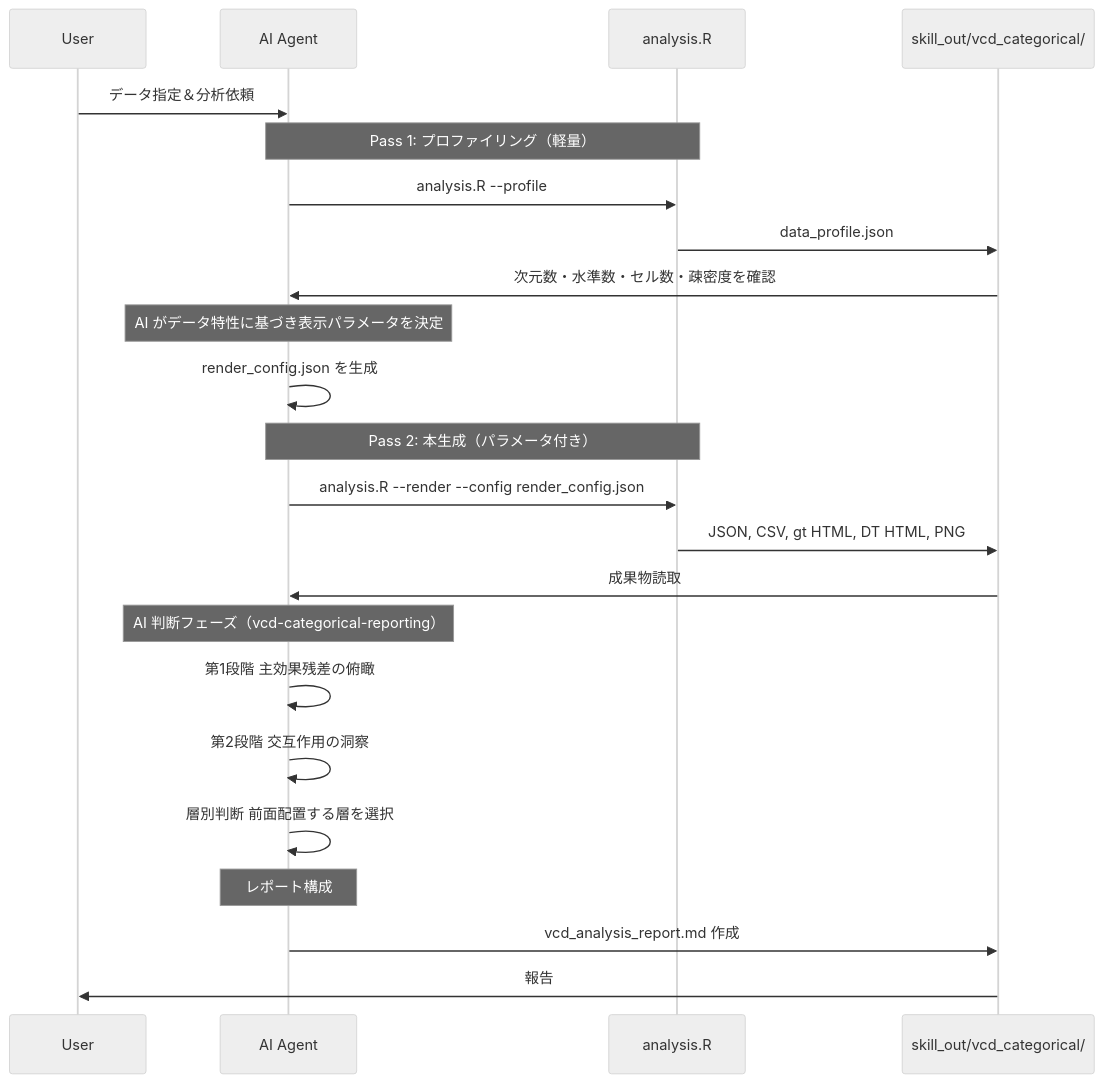
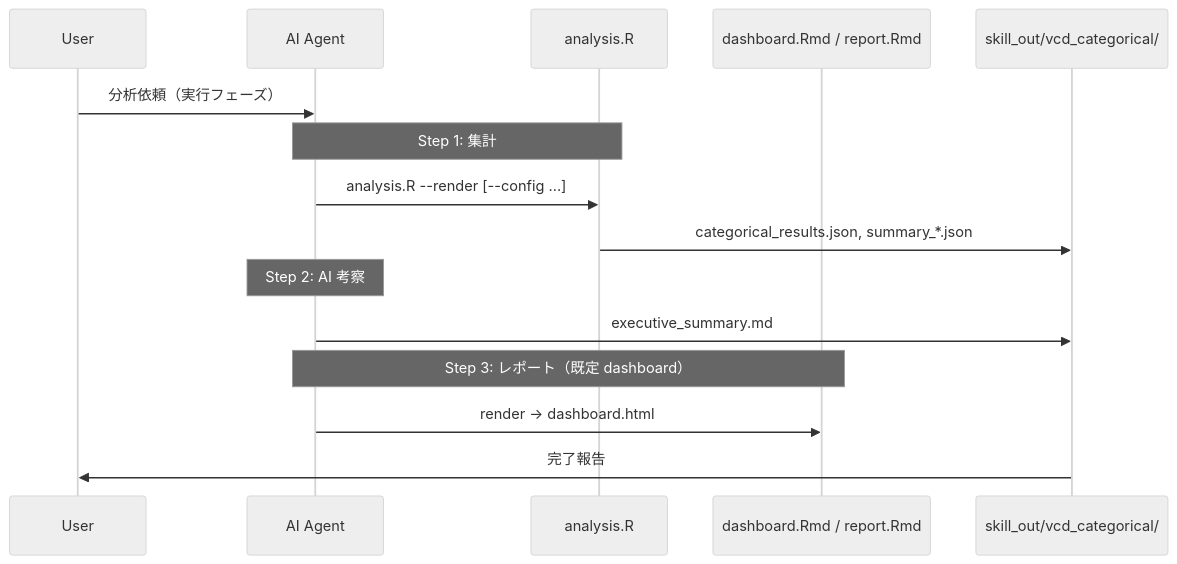
One commit to syrius2000/rwd-mysql-skill-toolkit changed the diagram in .cursor/skills/vcd-categorical-analysis/references/workflow.md. Above: the diagram before and after it, drawn with Mermaid (neutral theme). The commit also changed other lines of this file and 24 other files, not shown here.

First line of the commit message:
feat(skills): merge Gemini VCD 3-step workflow and bayesian skill

````diff
--- a/.cursor/skills/vcd-categorical-analysis/references/workflow.md
+++ b/.cursor/skills/vcd-categorical-analysis/references/workflow.md
@@ -5,31 +3,21 @@
 ```mermaid
 sequenceDiagram
     participant User
     participant AI as AI Agent
     participant R as analysis.R
+    participant Rmd as dashboard.Rmd / report.Rmd
     participant Out as skill_out/vcd_categorical/
 
-    User->>AI: データ指定＆分析依頼
+    User->>AI: 分析依頼（実行フェーズ）
 
-    Note over AI,R: Pass 1: プロファイリング（軽量）
-    AI->>R: analysis.R --profile
-    R->>Out: data_profile.json
-    Out->>AI: 次元数・水準数・セル数・疎密度を確認
+    Note over AI,R: Step 1: 集計
+    AI->>R: analysis.R --render [--config ...]
+    R->>Out: categorical_results.json, summary_*.json
 
-    Note over AI: AI がデータ特性に基づき表示パラメータを決定
-    AI->>AI: render_config.json を生成
+    Note over AI: Step 2: AI 考察
+    AI->>Out: executive_summary.md
 
-    Note over AI,R: Pass 2: 本生成（パラメータ付き）
-    AI->>R: analysis.R --render --config render_config.json
-    R->>Out: JSON, CSV, gt HTML, DT HTML, PNG
-    Out->>AI: 成果物読取
-
-    Note over AI: AI 判断フェーズ（vcd-categorical-reporting）
-    AI->>AI: 第1段階 主効果残差の俯瞰
-    AI->>AI: 第2段階 交互作用の洞察
-    AI->>AI: 層別判断 前面配置する層を選択
-
-    Note over AI: レポート構成
-    AI->>Out: vcd_analysis_report.md 作成
-    Out->>User: 報告
+    Note over AI,Rmd: Step 3: レポート（既定 dashboard）
+    AI->>Rmd: render → dashboard.html
+    Out->>User: 完了報告
 ```
````
